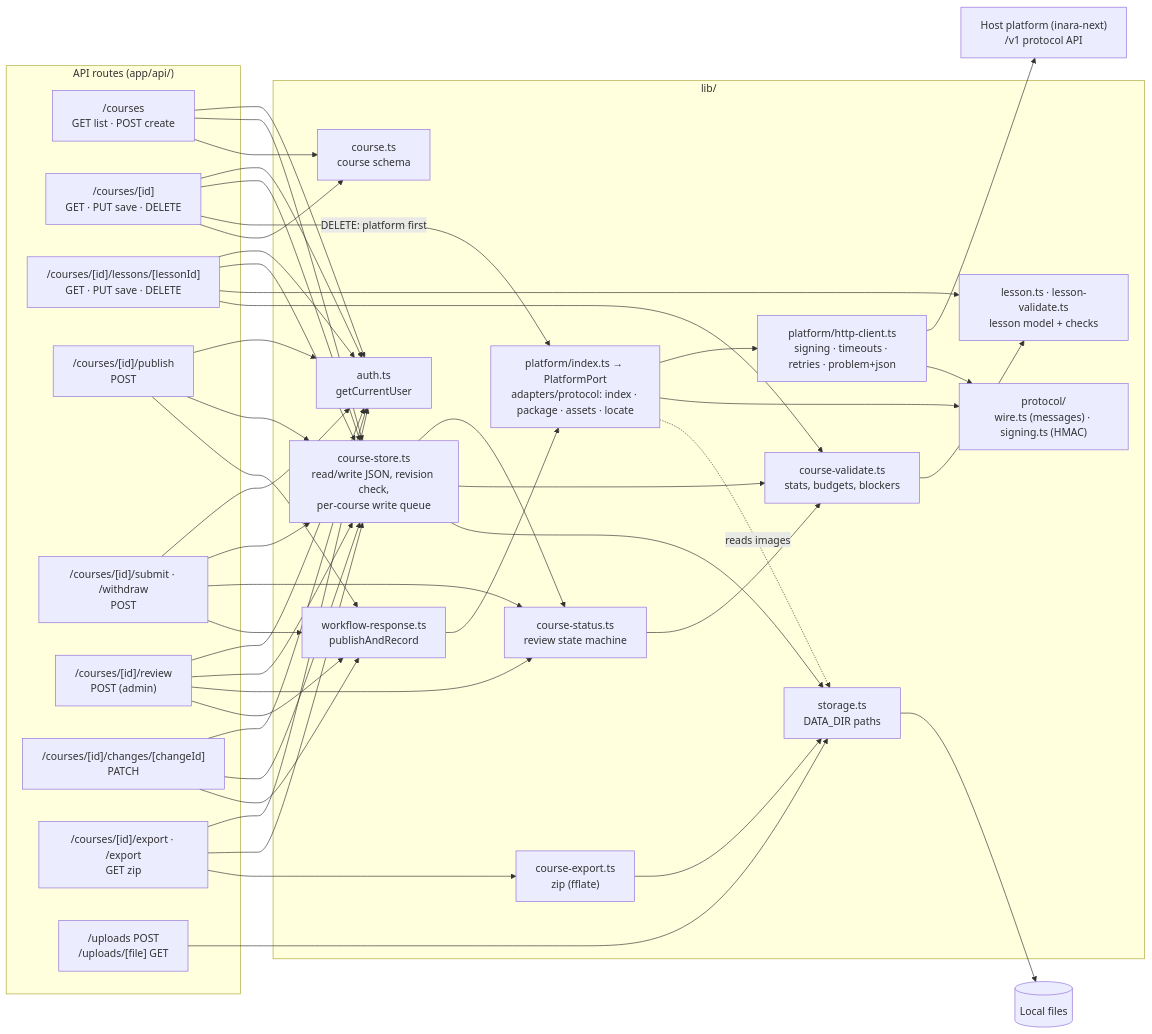
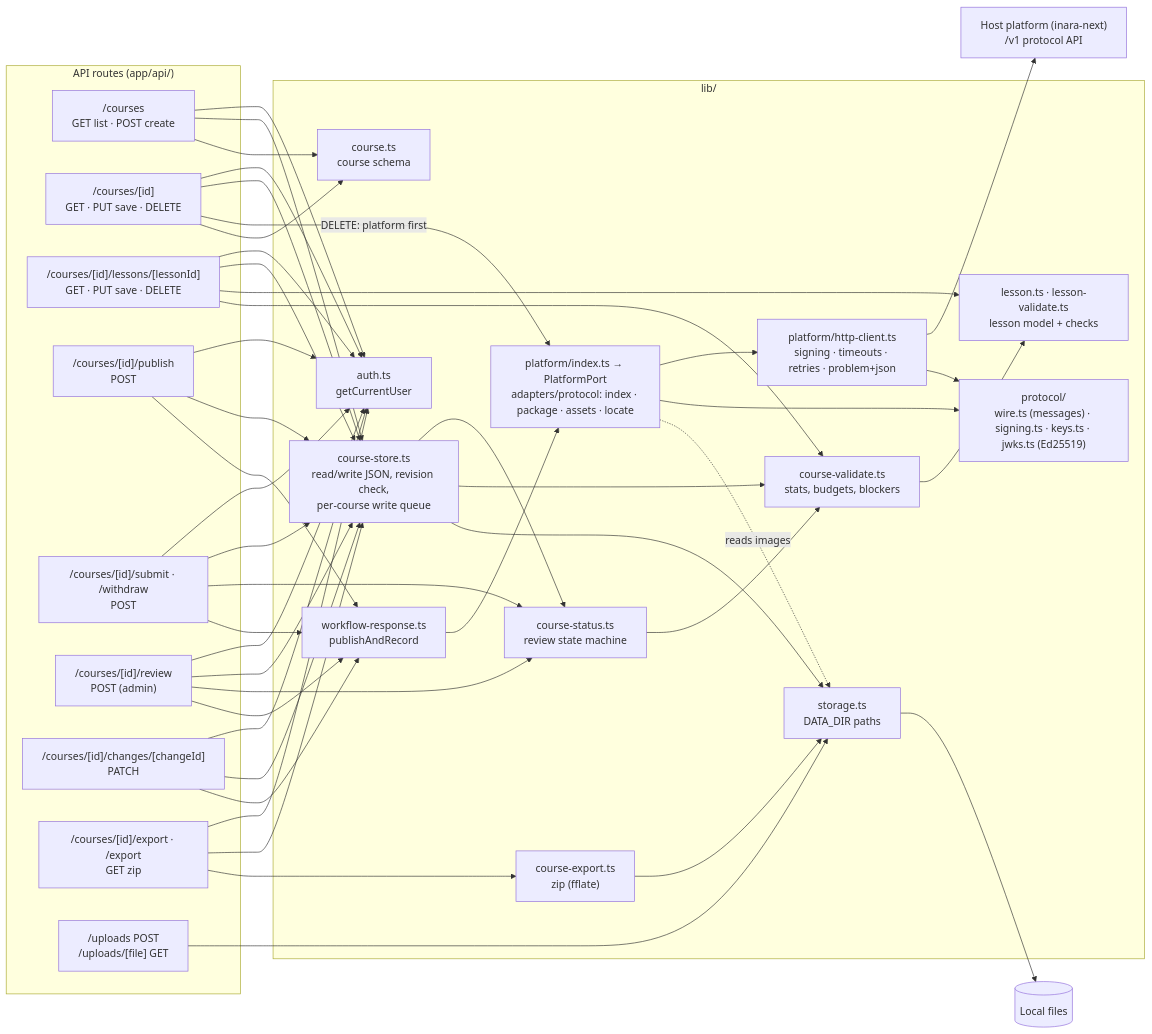
The sixth of 7 diagrams in docs/ARCHITECTURE.md (HafsaJavedPak/inarax-course-editor), drawn with Mermaid before and after one commit. The commit also changed other lines of this file and 124 other files, not shown here.

````diff
--- a/docs/ARCHITECTURE.md
+++ b/docs/ARCHITECTURE.md
@@ -250,46 +250,46 @@
 ```mermaid
 flowchart LR
     subgraph Routes["API routes (app/api/)"]
         R1["/courses<br/>GET list · POST create"]
         R2["/courses/[id]<br/>GET · PUT save · DELETE"]
         R3["/courses/[id]/lessons/[lessonId]<br/>GET · PUT save · DELETE"]
         R4["/courses/[id]/publish<br/>POST"]
         R5["/courses/[id]/submit · /withdraw<br/>POST"]
         R6["/courses/[id]/review<br/>POST (admin)"]
         R7["/courses/[id]/changes/[changeId]<br/>PATCH"]
         R8["/courses/[id]/export · /export<br/>GET zip"]
         R9["/uploads POST<br/>/uploads/[file] GET"]
     end
     subgraph Lib["lib/"]
         AUTH["auth.ts<br/>getCurrentUser"]
         STORE["course-store.ts<br/>read/write JSON, revision check,<br/>per-course write queue"]
         STAT["course-status.ts<br/>review state machine"]
         CVAL["course-validate.ts<br/>stats, budgets, blockers"]
         COURSE["course.ts<br/>course schema"]
         LESSON["lesson.ts · lesson-validate.ts<br/>lesson model + checks"]
         WR["workflow-response.ts<br/>publishAndRecord"]
         PUBL["platform/index.ts → PlatformPort<br/>adapters/protocol: index · package · assets · locate"]
         DBM["platform/http-client.ts<br/>signing · timeouts · retries · problem+json"]
-        PROT["protocol/<br/>wire.ts (messages) · signing.ts (HMAC)"]
+        PROT["protocol/<br/>wire.ts (messages) · signing.ts · keys.ts · jwks.ts (Ed25519)"]
         EXP["course-export.ts<br/>zip (fflate)"]
         STG["storage.ts<br/>DATA_DIR paths"]
     end
     FS[("Local files")]
     DB["Host platform (inara-next)<br/>/v1 protocol API"]
 
     R1 & R2 & R3 & R4 & R5 & R6 & R7 & R8 --> AUTH
     R1 & R2 & R3 & R4 & R5 & R6 & R7 & R8 --> STORE
     R2 -- "DELETE: platform first" --> PUBL
     R2 & R1 --> COURSE
     R3 --> LESSON & CVAL
     R5 & R6 --> STAT
     R4 & R5 & R6 & R7 --> WR
     WR --> PUBL --> DBM --> DB
     PUBL & DBM --> PROT
     PUBL -. "reads images" .-> STG
     R8 --> EXP --> STG
     R9 --> STG
     STORE --> STAT & CVAL & STG
     STAT --> CVAL --> LESSON
     STG --> FS
 ```
````
